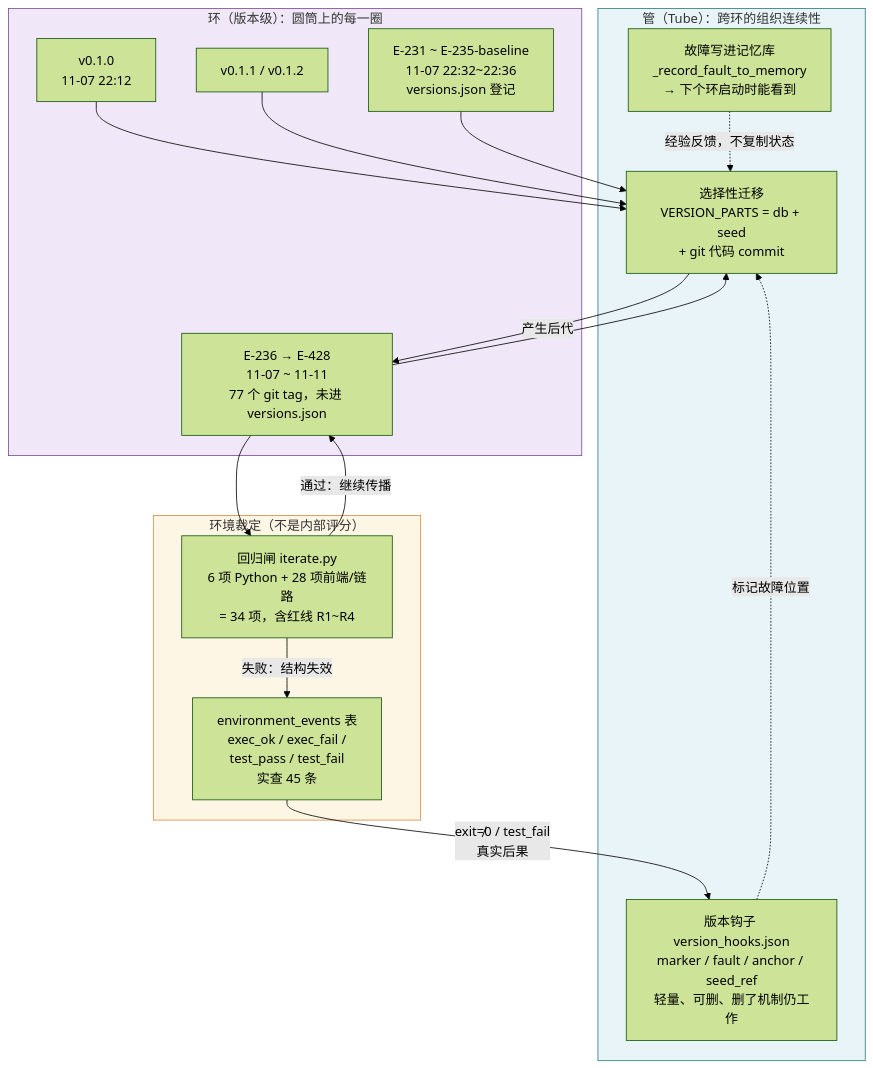
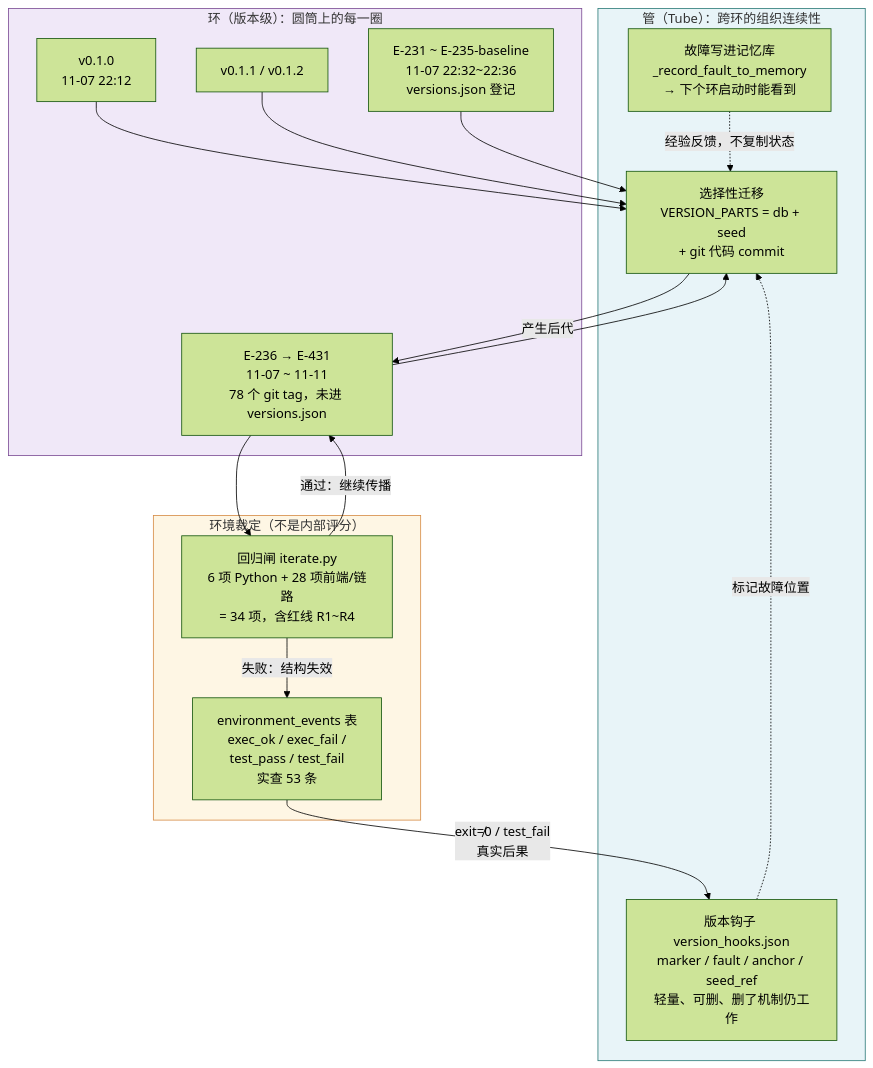
Before and after one commit to Roxy-DD/fatfish-heart: the third of 8 diagrams in docs/78 生命周期图-环管群.md, drawn with Mermaid (forest theme). The commit also changed other lines of this file and 21 other files, not shown here.

````diff
--- a/docs/78 生命周期图-环管群.md
+++ b/docs/78 生命周期图-环管群.md
@@ -113,37 +113,37 @@
 ```mermaid
 flowchart TD
     subgraph V["环（版本级）：圆筒上的每一圈"]
         V1["v0.1.0<br/>11-07 22:12"]
         V2["v0.1.1 / v0.1.2"]
         V3["E-231 ~ E-235-baseline<br/>11-07 22:32~22:36<br/>versions.json 登记"]
-        V4["E-236 → E-428<br/>11-07 ~ 11-11<br/>77 个 git tag，未进 versions.json"]
+        V4["E-236 → E-431<br/>11-07 ~ 11-11<br/>78 个 git tag，未进 versions.json"]
     end
 
     subgraph TUBE["管（Tube）：跨环的组织连续性"]
         SEL["选择性迁移<br/>VERSION_PARTS = db + seed<br/>+ git 代码 commit"]
         HOOK["版本钩子 version_hooks.json<br/>marker / fault / anchor / seed_ref<br/>轻量、可删、删了机制仍工作"]
         MEM["故障写进记忆库<br/>_record_fault_to_memory<br/>→ 下个环启动时能看到"]
     end
 
     subgraph JUDGE["环境裁定（不是内部评分）"]
-        ENV["environment_events 表<br/>exec_ok / exec_fail /<br/>test_pass / test_fail<br/>实查 45 条"]
+        ENV["environment_events 表<br/>exec_ok / exec_fail /<br/>test_pass / test_fail<br/>实查 53 条"]
         RED["回归闸 iterate.py<br/>6 项 Python + 28 项前端/链路<br/>= 34 项，含红线 R1~R4"]
     end
 
     V1 --> SEL
     V2 --> SEL
     V3 --> SEL
     V4 --> SEL
     SEL -->|"产生后代"| V4
     HOOK -.->|"标记故障位置"| SEL
     MEM -.->|"经验反馈，不复制状态"| SEL
 
     V4 --> RED
     RED -->|"通过：继续传播"| V4
     RED -->|"失败：结构失效"| ENV
     ENV -->|"exit≠0 / test_fail<br/>真实后果"| HOOK
 
     style TUBE fill:#e8f4f8,stroke:#2b7a78
     style JUDGE fill:#fef6e4,stroke:#d68c45
     style V fill:#f0e8f8,stroke:#7b4b94
 ```
````
